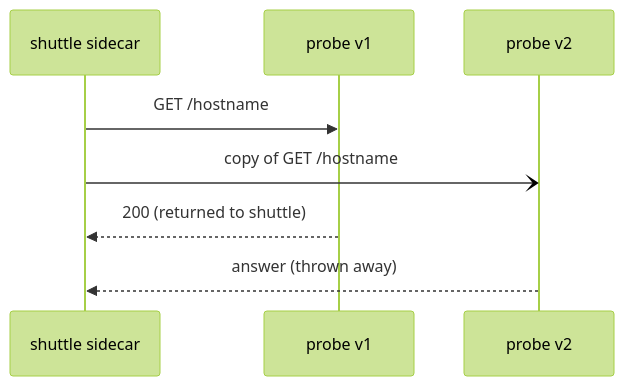
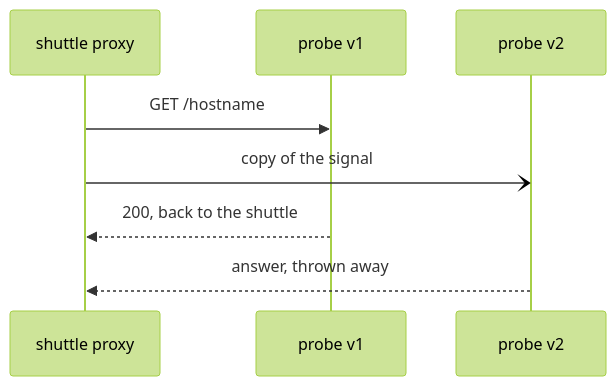
One commit to astrona-io/ATS014 changed the diagram in sections/section-020/module-02/course-01-mirror-as-a-sibling-of-route.md. Above: the diagram before and after it, drawn with Mermaid (forest theme). The commit also changed other lines of this file and 813 other files, not shown here.

````diff
--- a/sections/section-020/module-02/course-01-mirror-as-a-sibling-of-route.md
+++ b/sections/section-020/module-02/course-01-mirror-as-a-sibling-of-route.md
@@ -115,10 +115,10 @@
 ```mermaid
 sequenceDiagram
-    participant C as shuttle sidecar
+    participant C as shuttle proxy
     participant V1 as probe v1
     participant V2 as probe v2
     C->>V1: GET /hostname
-    C-)V2: copy of GET /hostname
-    V1-->>C: 200 (returned to shuttle)
-    V2-->>C: answer (thrown away)
+    C-)V2: copy of the signal
+    V1-->>C: 200, back to the shuttle
+    V2-->>C: answer, thrown away
 ```
````
